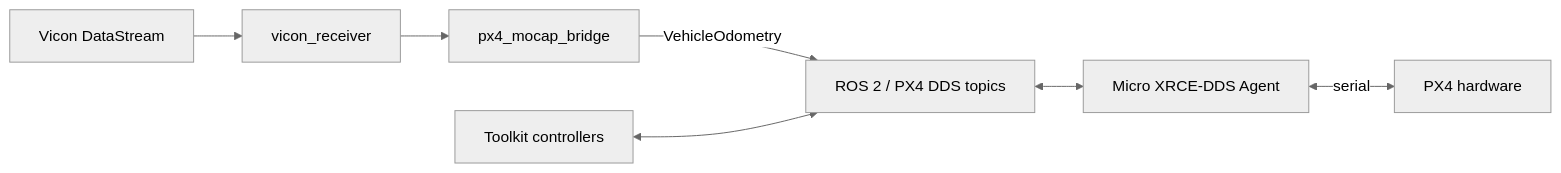
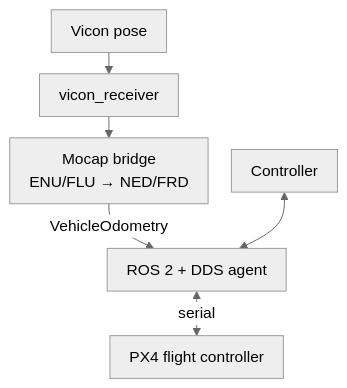
Before and after one commit to ANCL/px4-dev-toolkit: the diagram in docs/environments/hardware.md, drawn with Mermaid (neutral theme). The commit also changed other lines of this file and 212 other files, not shown here.

Commit message:
Simplify installation and toolkit architecture

````diff
--- a/docs/environments/hardware.md
+++ b/docs/environments/hardware.md
@@ -11,9 +13,17 @@
 ```mermaid
-flowchart LR
-    V[Vicon DataStream] --> VR[vicon_receiver]
-    VR --> MB[px4_mocap_bridge]
-    MB -->|VehicleOdometry| R[ROS 2 / PX4 DDS topics]
-    R <--> X[Micro XRCE-DDS Agent]
-    X <--> |serial| P[PX4 hardware]
-    C[Toolkit controllers] <--> R
+---
+config:
+  flowchart:
+    useMaxWidth: false
+    wrappingWidth: 180
+    padding: 10
+    rankSpacing: 22
+    nodeSpacing: 24
+---
+flowchart TB
+    V["Vicon pose"] --> VR["vicon_receiver"]
+    VR --> B["Mocap bridge<br/>ENU/FLU → NED/FRD"]
+    B -->|VehicleOdometry| X["ROS 2 + DDS agent"]
+    X <-->|serial| P["PX4 flight controller"]
+    C["Controller"] <--> X
 ```
````
